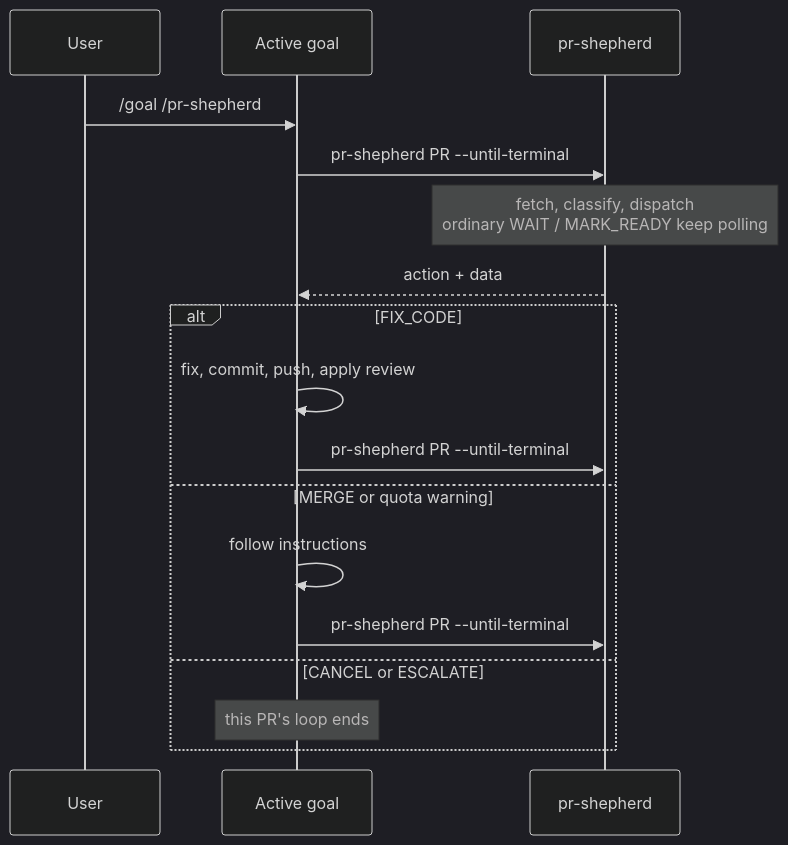
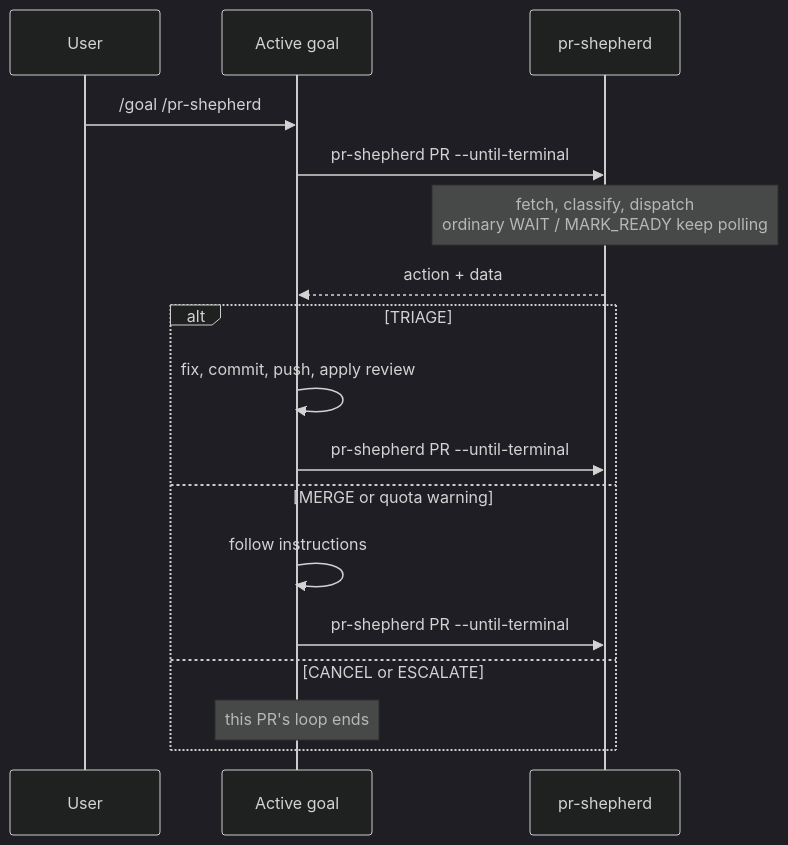
One commit to jonathanong/pr-shepherd changed the diagram in docs/skills.md. Above: the diagram before and after it, drawn with Mermaid (dark theme). The commit also changed other lines of this file and 1043 other files, not shown here.

First line of the commit message:
refactor!: rename fix_code action to triage (#609)

````diff
--- a/docs/skills.md
+++ b/docs/skills.md
@@ -69,19 +69,19 @@
 ```mermaid
 sequenceDiagram
     participant U as User
     participant G as Active goal
     participant S as pr-shepherd
     U->>G: /goal /pr-shepherd
     G->>S: pr-shepherd PR --until-terminal
     Note over S: fetch, classify, dispatch<br/>ordinary WAIT / MARK_READY keep polling
     S-->>G: action + data
-    alt FIX_CODE
+    alt TRIAGE
         G->>G: fix, commit, push, apply review
         G->>S: pr-shepherd PR --until-terminal
     else MERGE or quota warning
         G->>G: follow instructions
         G->>S: pr-shepherd PR --until-terminal
     else CANCEL or ESCALATE
         Note over G: this PR's loop ends
     end
 ```
````
